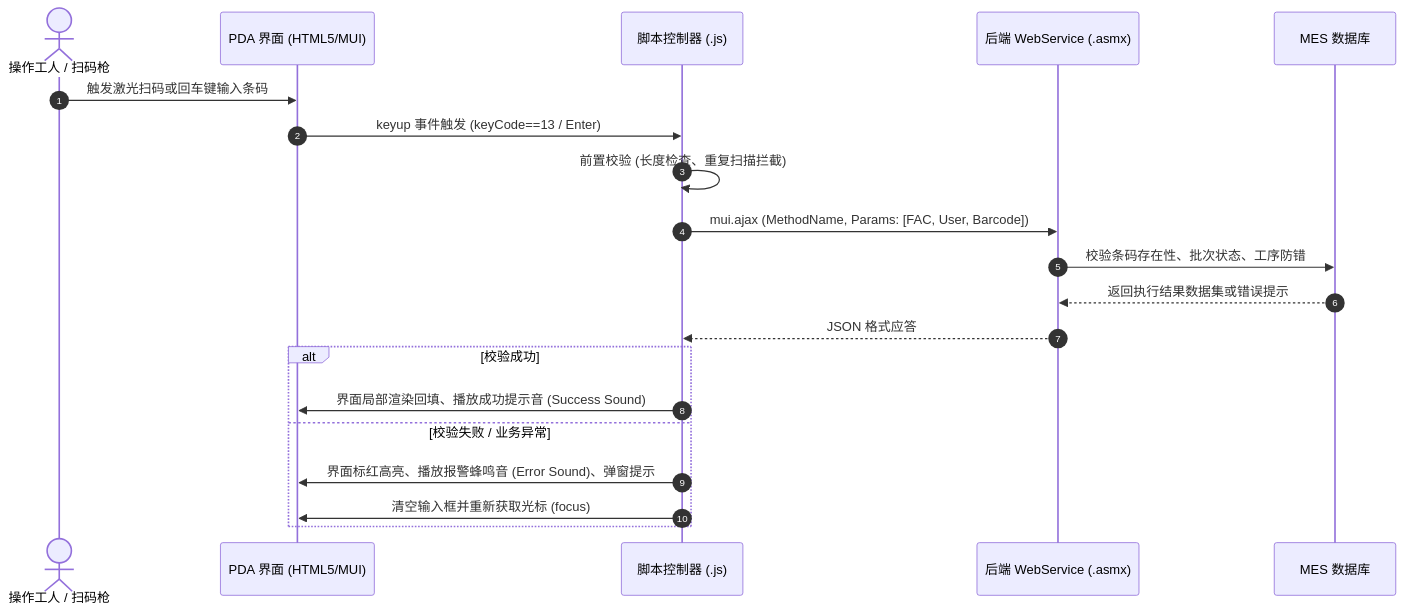
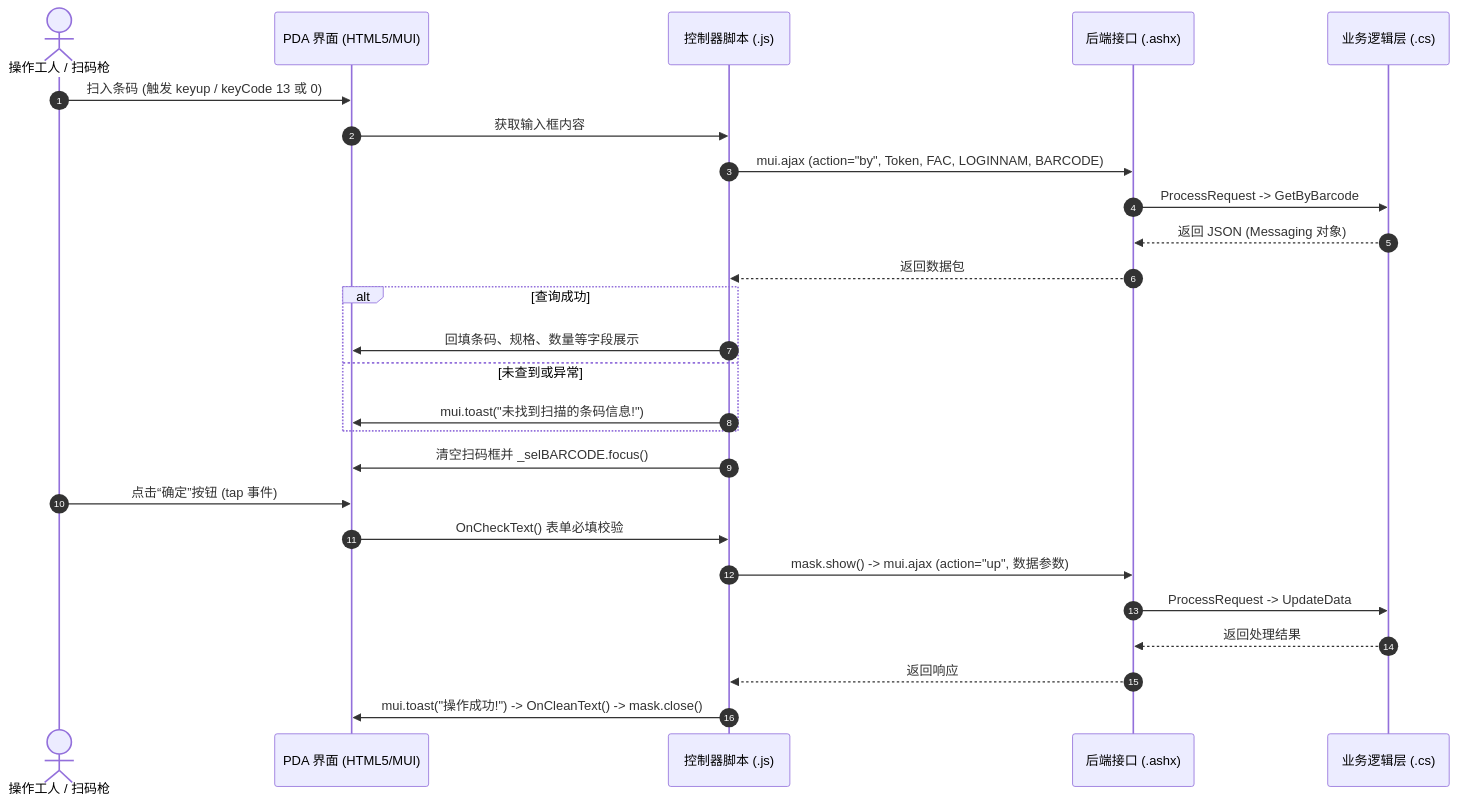
Before and after one commit to icecream7777/messkill: the diagram in skills/pda-client/references/pda-workflow.md, drawn with Mermaid. The commit also changed other lines of this file and 10 other files, not shown here.

````diff
--- a/skills/pda-client/references/pda-workflow.md
+++ b/skills/pda-client/references/pda-workflow.md
@@ -9,23 +11,30 @@
 ```mermaid
 sequenceDiagram
     autonumber
     actor Worker as 操作工人 / 扫码枪
     participant UI as PDA 界面 (HTML5/MUI)
-    participant JS as 脚本控制器 (.js)
-    participant WS as 后端 WebService (.asmx)
-    participant DB as MES 数据库
+    participant JS as 控制器脚本 (.js)
+    participant Ashx as 后端接口 (.ashx)
+    participant BLL as 业务逻辑层 (.cs)
 
-    Worker->>UI: 触发激光扫码或回车键输入条码
-    UI->>JS: keyup 事件触发 (keyCode==13 / Enter)
-    JS->>JS: 前置校验 (长度检查、重复扫描拦截)
-    JS->>WS: mui.ajax (MethodName, Params: [FAC, User, Barcode])
-    WS->>DB: 校验条码存在性、批次状态、工序防错
-    DB-->>WS: 返回执行结果数据集或错误提示
-    WS-->>JS: JSON 格式应答
-    alt 校验成功
-        JS->>UI: 界面局部渲染回填、播放成功提示音 (Success Sound)
-    else 校验失败 / 业务异常
-        JS->>UI: 界面标红高亮、播放报警蜂鸣音 (Error Sound)、弹窗提示
-        JS->>UI: 清空输入框并重新获取光标 (focus)
+    Worker->>UI: 扫入条码 (触发 keyup / keyCode 13 或 0)
+    UI->>JS: 获取输入框内容
+    JS->>Ashx: mui.ajax (action="by", Token, FAC, LOGINNAM, BARCODE)
+    Ashx->>BLL: ProcessRequest -> GetByBarcode
+    BLL-->>Ashx: 返回 JSON (Messaging 对象)
+    Ashx-->>JS: 返回数据包
+    alt 查询成功
+        JS->>UI: 回填条码、规格、数量等字段展示
+    else 未查到或异常
+        JS->>UI: mui.toast("未找到扫描的条码信息!")
     end
+    JS->>UI: 清空扫码框并 _selBARCODE.focus()
+
+    Worker->>UI: 点击“确定”按钮 (tap 事件)
+    UI->>JS: OnCheckText() 表单必填校验
+    JS->>Ashx: mask.show() -> mui.ajax (action="up", 数据参数)
+    Ashx->>BLL: ProcessRequest -> UpdateData
+    BLL-->>Ashx: 返回处理结果
+    Ashx-->>JS: 返回响应
+    JS->>UI: mui.toast("操作成功!") -> OnCleanText() -> mask.close()
 ```
````
